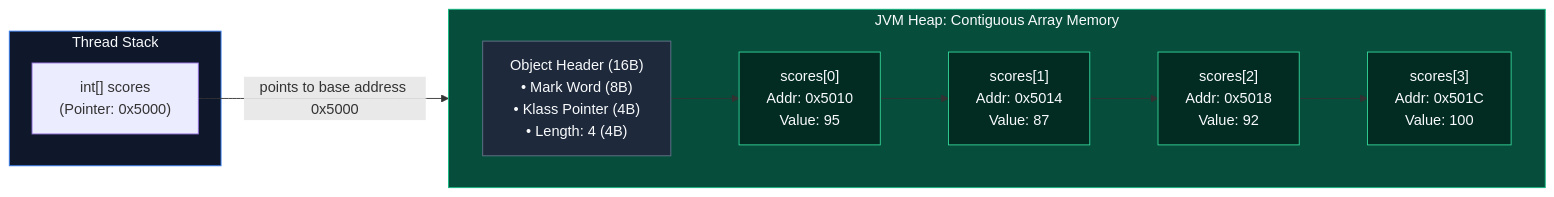
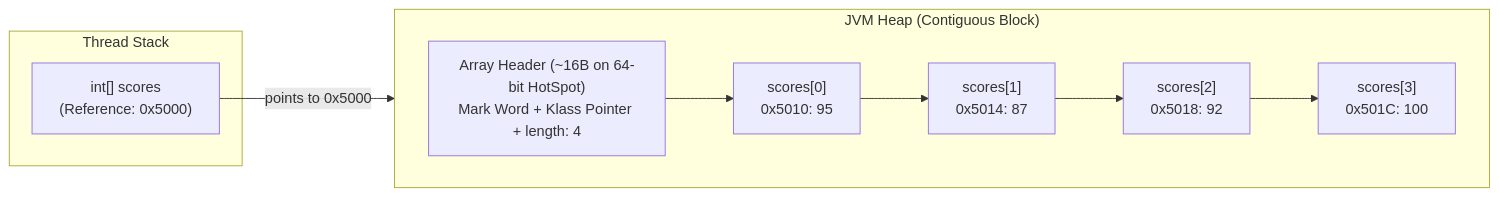
The first of 3 diagrams in content/roadmap/level-0/arrays-2d-matrices.md (ravishankar2463/java_hub), drawn with Mermaid before and after one commit. The commit also changed other lines of this file and 119 other files, not shown here.

Commit message:
feat: add comprehensive java learning roadmap content across multiple levels

````diff
--- a/content/roadmap/level-0/arrays-2d-matrices.md
+++ b/content/roadmap/level-0/arrays-2d-matrices.md
@@ -24,27 +18,19 @@
 ```mermaid
 flowchart LR
-    subgraph Stack ["Thread Stack"]
-        Ref["int[] scores<br/>(Pointer: 0x5000)"]
+    subgraph stack ["Thread Stack"]
+        ref["int[] scores<br/>(Reference: 0x5000)"]
     end
 
-    subgraph Heap ["JVM Heap: Contiguous Array Memory"]
+    subgraph heap ["JVM Heap (Contiguous Block)"]
         direction LR
-        H1["Object Header (16B)<br/>• Mark Word (8B)<br/>• Klass Pointer (4B)<br/>• Length: 4 (4B)"]
-        E0["scores[0]<br/>Addr: 0x5010<br/>Value: 95"]
-        E1["scores[1]<br/>Addr: 0x5014<br/>Value: 87"]
-        E2["scores[2]<br/>Addr: 0x5018<br/>Value: 92"]
-        E3["scores[3]<br/>Addr: 0x501C<br/>Value: 100"]
+        header["Array Header (~16B on 64-bit HotSpot)<br/>Mark Word + Klass Pointer + length: 4"]
+        e0["scores[0]<br/>0x5010: 95"]
+        e1["scores[1]<br/>0x5014: 87"]
+        e2["scores[2]<br/>0x5018: 92"]
+        e3["scores[3]<br/>0x501C: 100"]
 
-        H1 --> E0 --> E1 --> E2 --> E3
+        header --> e0 --> e1 --> e2 --> e3
     end
 
-    Ref -->|"points to base address 0x5000"| H1
-
-    style Stack fill:#0f172a,stroke:#3b82f6,color:#f8fafc
-    style Heap fill:#064e3b,stroke:#10b981,color:#f8fafc
-    style H1 fill:#1e293b,stroke:#64748b,color:#f8fafc
-    style E0 fill:#022c22,stroke:#34d399,color:#f8fafc
-    style E1 fill:#022c22,stroke:#34d399,color:#f8fafc
-    style E2 fill:#022c22,stroke:#34d399,color:#f8fafc
-    style E3 fill:#022c22,stroke:#34d399,color:#f8fafc
+    ref -->|"points to 0x5000"| header
 ```
````
